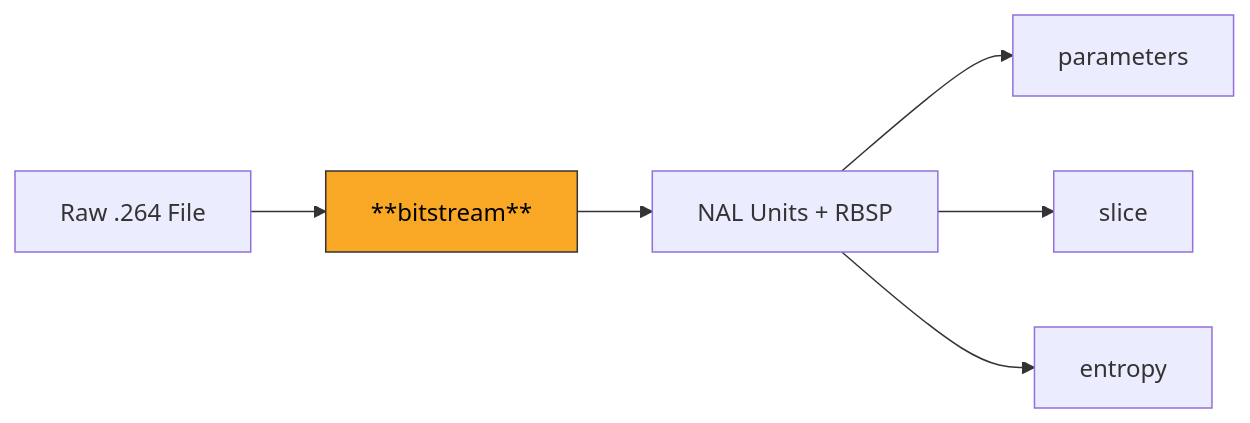
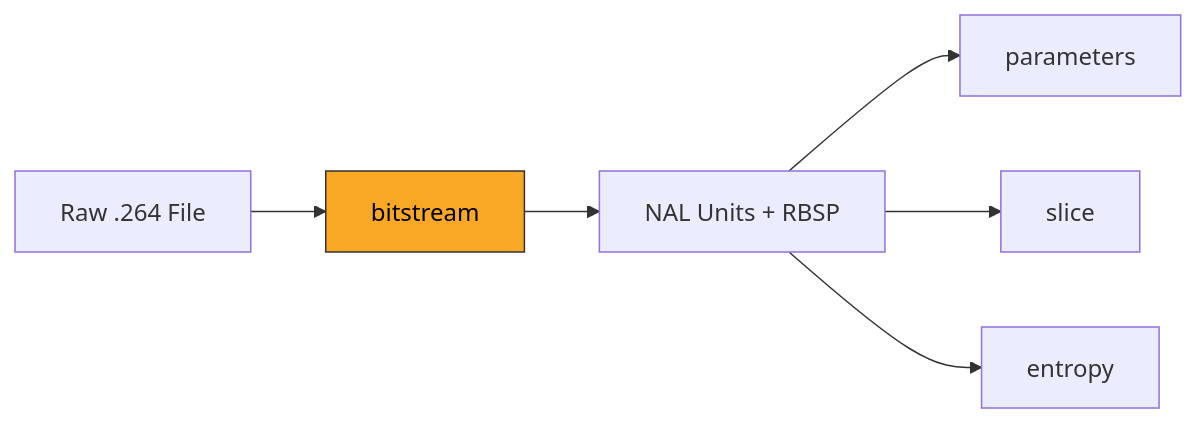
One commit to abhiksark/python-h264-scratch changed the first of 2 diagrams in bitstream/README.md. Above: the diagram before and after it, drawn with Mermaid. The commit also changed other lines of this file and 13 other files, not shown here.

````diff
--- a/bitstream/README.md
+++ b/bitstream/README.md
@@ -17,9 +13,9 @@
 ```mermaid
 flowchart LR
-    Raw[Raw .264 File] --> BS["**bitstream**"]
+    Raw[Raw .264 File] --> BS["bitstream"]
     BS --> NAL[NAL Units + RBSP]
     NAL --> Params[parameters]
     NAL --> SH[slice]
     NAL --> Ent[entropy]
     style BS fill:#f9a825,stroke:#333,color:#000
 ```
````
